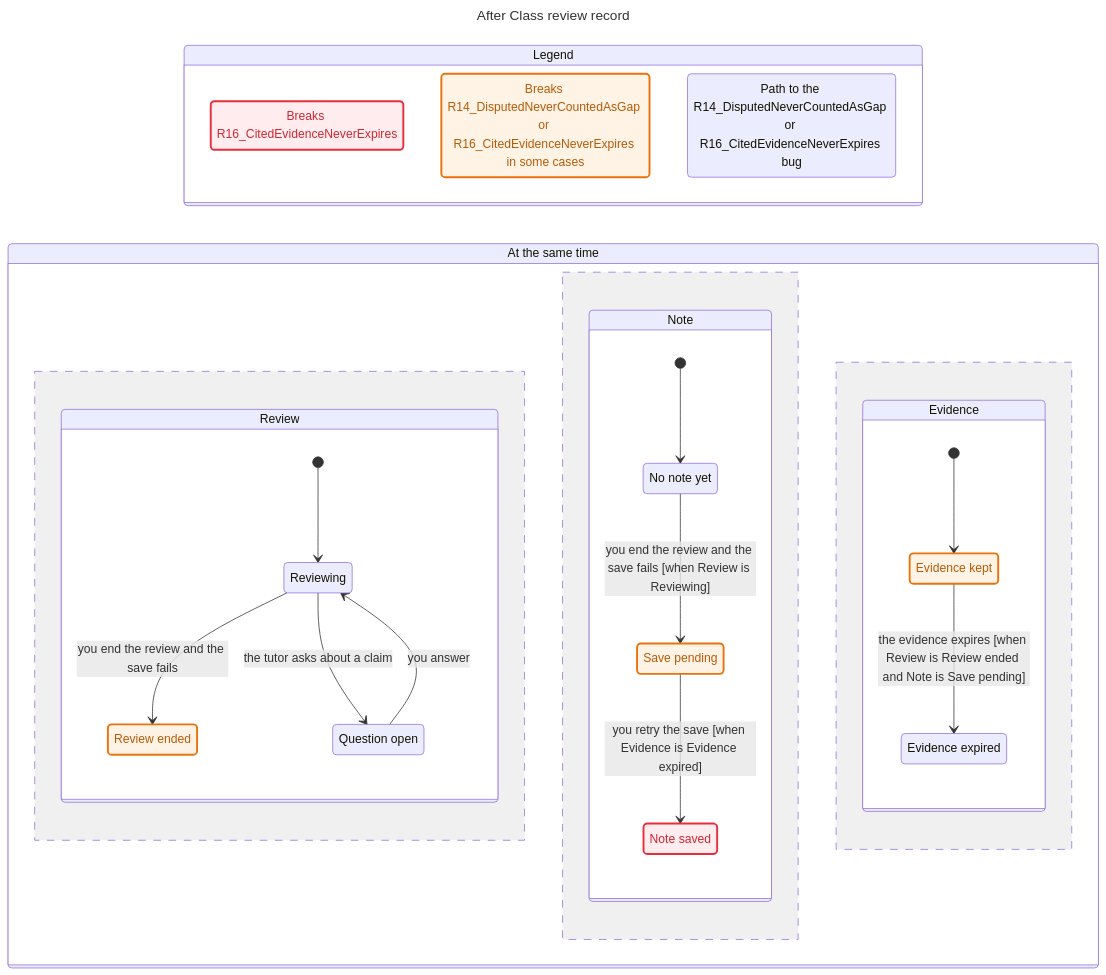
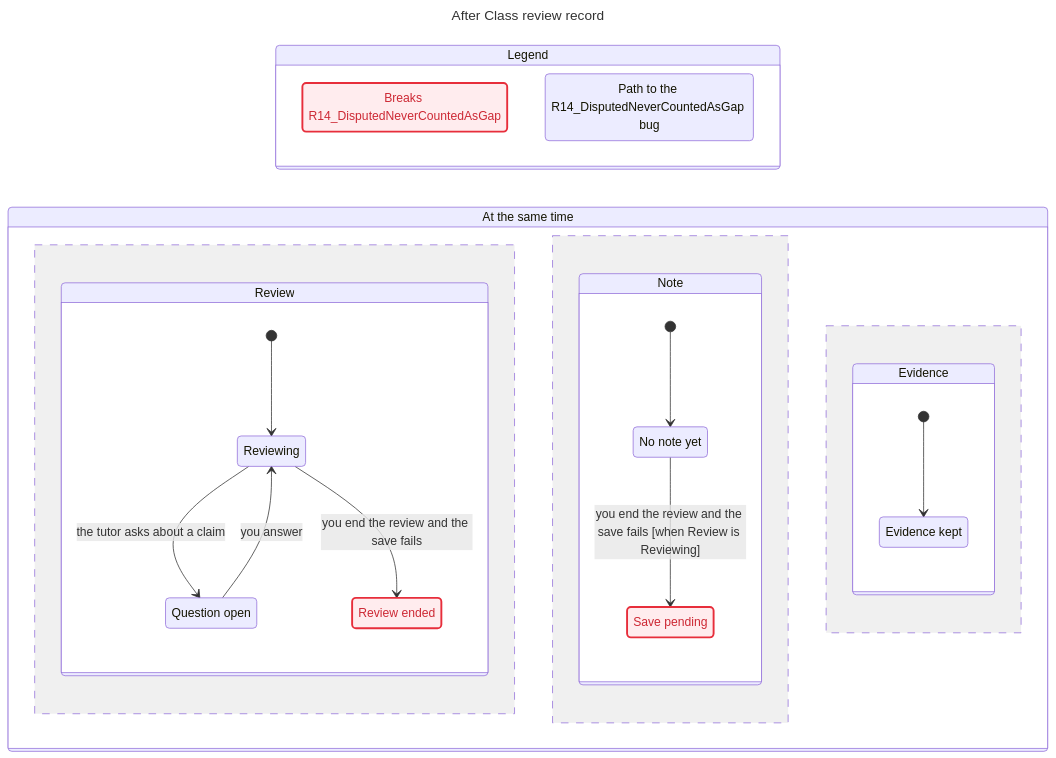
Before and after one commit to DerekHertz/after-class: the diagram in docs/flows/model/out-record/chart.mmd, drawn with Mermaid. The commit also changed 31 other files, not shown here.

First line of the commit message:
Model the six TLC fixes, add R14 second-path flow line

```diff
--- a/docs/flows/model/out-record/chart.mmd
+++ b/docs/flows/model/out-record/chart.mmd
@@ -1,54 +1,43 @@
 ---
 title: "After Class review record"
 ---
 stateDiagram-v2
   direction LR
   state "Legend" as legend {
-    lg0: Breaks R16_CitedEvidenceNeverExpires
-    lg1: Breaks R14_DisputedNeverCountedAsGap or R16_CitedEvidenceNeverExpires in some cases
-    lg2: Path to the R14_DisputedNeverCountedAsGap or R16_CitedEvidenceNeverExpires bug
+    lg0: Breaks R14_DisputedNeverCountedAsGap
+    lg1: Path to the R14_DisputedNeverCountedAsGap bug
   }
   class lg0 breaks
-  class lg1 mayBreak
-  class lg2 bugPath
+  class lg1 bugPath
   state "At the same time" as all {
     state "Review" as r0 {
       s0: Reviewing
-      s1: Review ended
-      s2: Question open
+      s1: Question open
+      s2: Review ended
       [*] --> s0
-      s0 --> s1: you end the review and the save fails
-      s0 --> s2: the tutor asks about a claim
-      s2 --> s0: you answer
+      s0 --> s1: the tutor asks about a claim
+      s1 --> s0: you answer
+      s0 --> s2: you end the review and the save fails
     }
     --
     state "Note" as r1 {
       s3: No note yet
       s4: Save pending
-      s5: Note saved
       [*] --> s3
       s3 --> s4: you end the review and the save fails [when Review is Reviewing]
-      s4 --> s5: you retry the save [when Evidence is Evidence expired]
     }
     --
     state "Evidence" as r2 {
-      s6: Evidence kept
-      s7: Evidence expired
-      [*] --> s6
-      s6 --> s7: the evidence expires [when Review is Review ended and Note is Save pending]
+      s5: Evidence kept
+      [*] --> s5
     }
   }
   classDef breaks fill:#ffecee,stroke:#e72e3b,stroke-width:2.5px,color:#cd2834
-  classDef mayBreak fill:#fff3e6,stroke:#e8730c,stroke-width:2.5px,color:#b85a06
   class s0 bugPath
-  class s1 mayBreak
   class s1 bugPath
+  class s2 breaks
   class s2 bugPath
   class s3 bugPath
-  class s4 mayBreak
+  class s4 breaks
   class s4 bugPath
-  class s5 breaks
   class s5 bugPath
-  class s6 mayBreak
-  class s6 bugPath
-  class s7 bugPath
```
